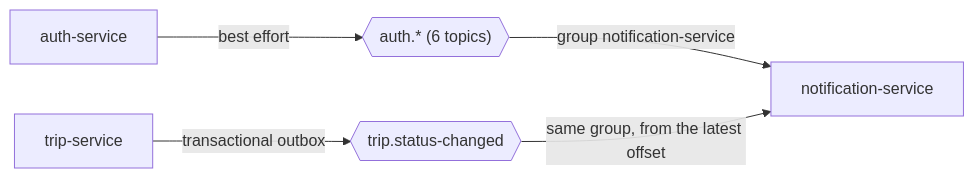
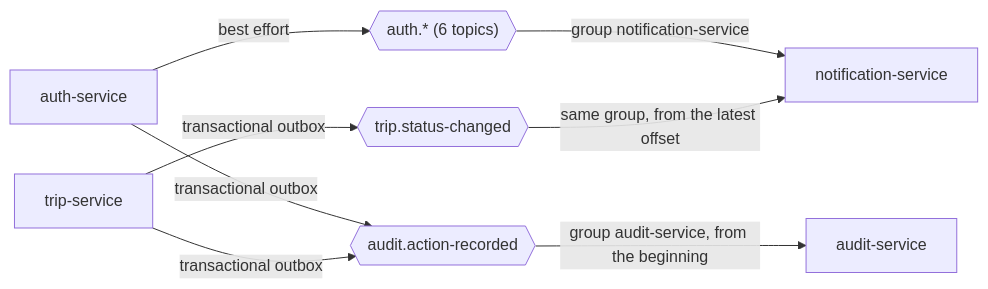
The third of 3 diagrams in docs/infrastructure.md (Mohammed-Taysser/masr3), drawn with Mermaid before and after one commit. The commit also changed other lines of this file and 114 other files, not shown here.

Commit message:
feat: finalize audit service

````diff
--- a/docs/infrastructure.md
+++ b/docs/infrastructure.md
@@ -106,7 +114,10 @@
 ```mermaid
 flowchart LR
   auth[auth-service] -->|best effort| at{{"auth.* (6 topics)"}}
   at -->|group notification-service| ns[notification-service]
   trip[trip-service] -->|transactional outbox| tt{{trip.status-changed}}
   tt -->|same group, from the latest offset| ns
+  auth -->|transactional outbox| aa{{audit.action-recorded}}
+  trip -->|transactional outbox| aa
+  aa -->|group audit-service, from the beginning| as[audit-service]
 ```
````
